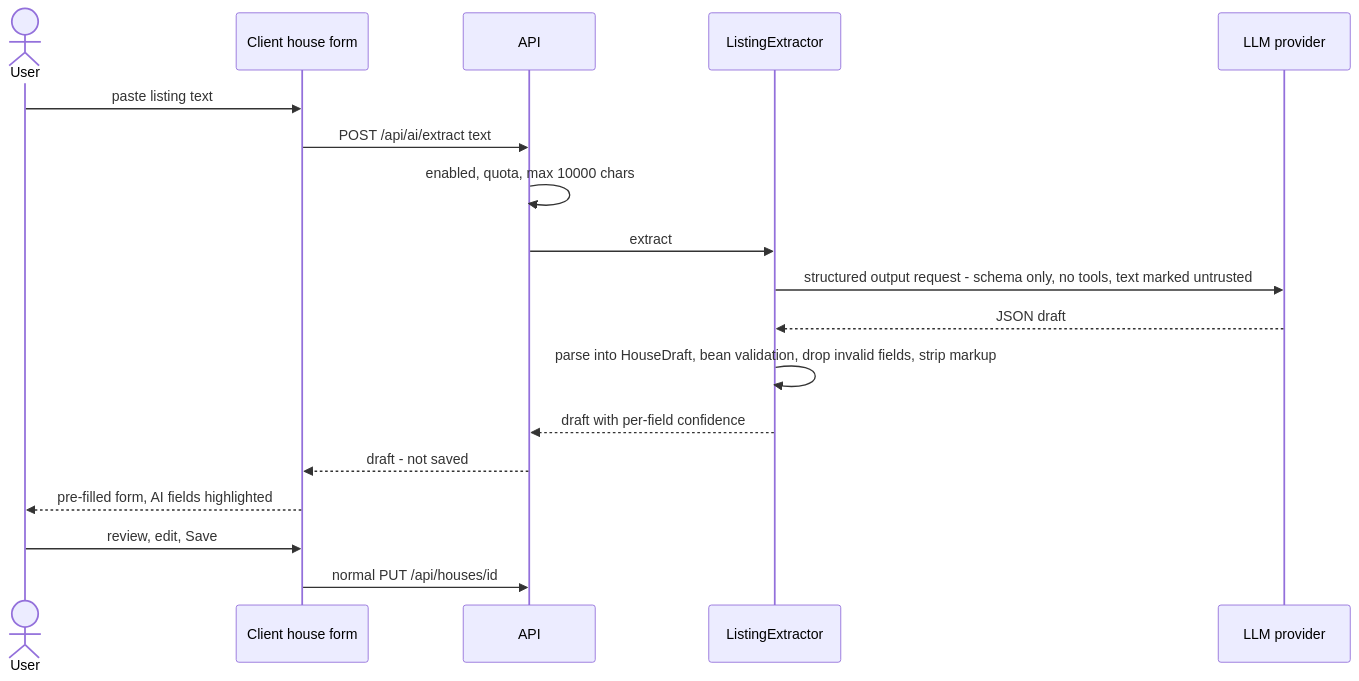
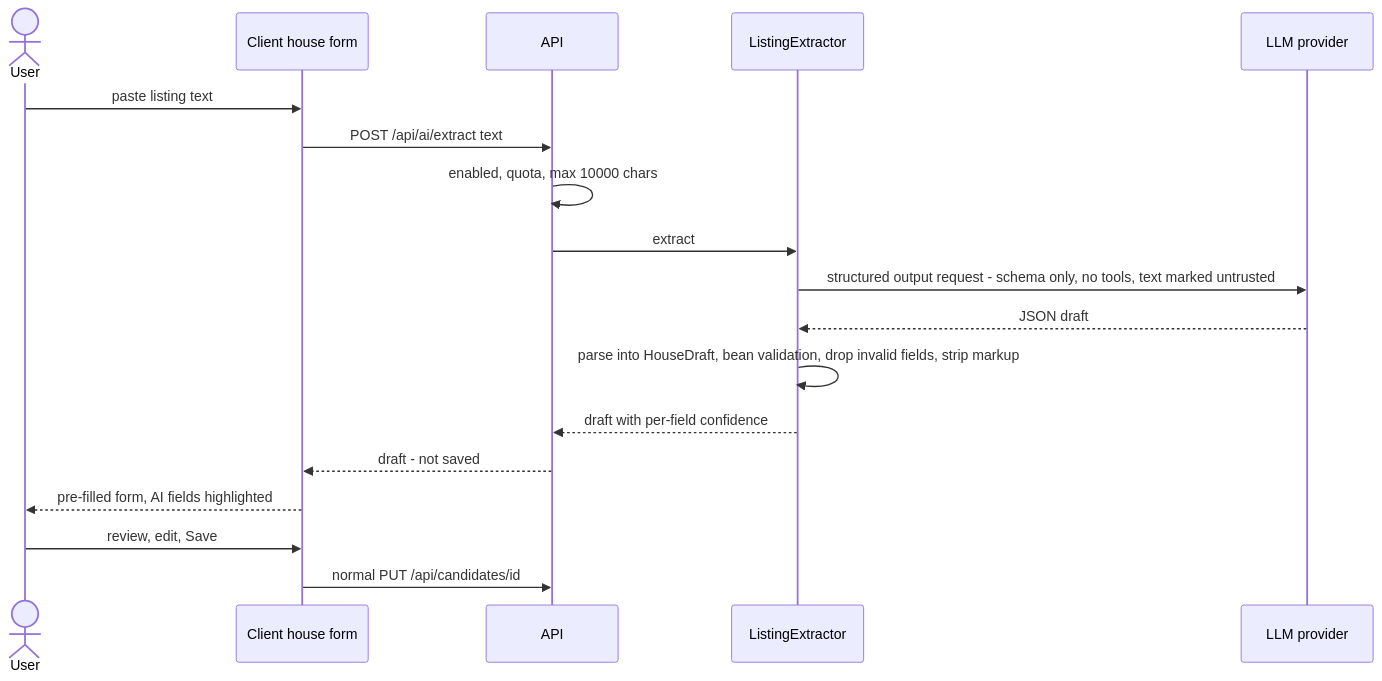
Before and after one commit to Sriram-Codes-SW/doorprints: diagram 15 of 19 in docs/03-design.md, drawn with Mermaid. The commit also changed other lines of this file and 68 other files, not shown here.

````diff
--- a/docs/03-design.md
+++ b/docs/03-design.md
@@ -1016,20 +1017,20 @@
 ```mermaid
 sequenceDiagram
     actor U as User
     participant C as Client house form
     participant API as API
     participant EX as ListingExtractor
     participant LLM as LLM provider
     U->>C: paste listing text
     C->>API: POST /api/ai/extract text
     API->>API: enabled, quota, max 10000 chars
     API->>EX: extract
     EX->>LLM: structured output request - schema only, no tools, text marked untrusted
     LLM-->>EX: JSON draft
     EX->>EX: parse into HouseDraft, bean validation, drop invalid fields, strip markup
     EX-->>API: draft with per-field confidence
     API-->>C: draft - not saved
     C-->>U: pre-filled form, AI fields highlighted
     U->>C: review, edit, Save
-    C->>API: normal PUT /api/houses/id
+    C->>API: normal PUT /api/candidates/id
 ```
````
